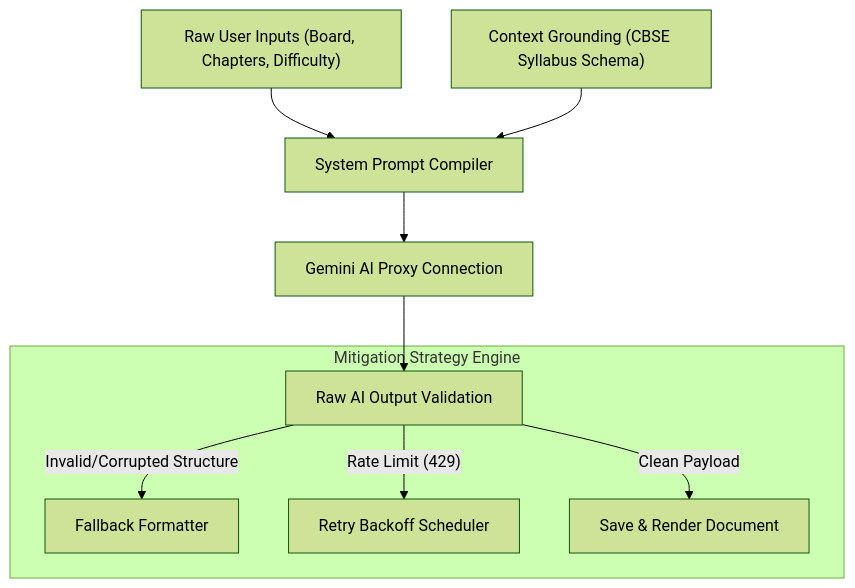
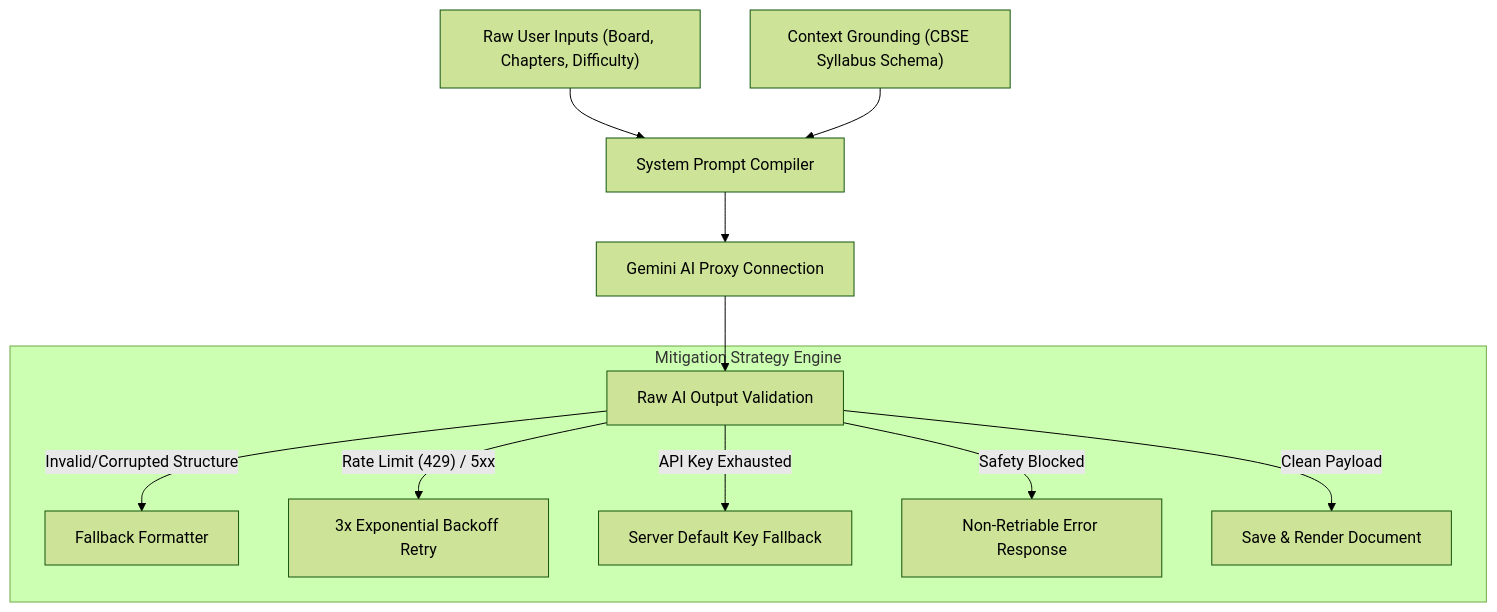
The fifth of 5 diagrams in docs/ARCHITECTURE.md (anuragsinghrajput123456789/MockVerse-Ai), drawn with Mermaid (forest theme) before and after one commit. The commit also changed other lines of this file and 29 other files, not shown here.

````diff
--- a/docs/ARCHITECTURE.md
+++ b/docs/ARCHITECTURE.md
@@ -192,13 +192,15 @@
 ```mermaid
 graph TD
     A["Raw User Inputs (Board, Chapters, Difficulty)"] --> B["System Prompt Compiler"]
     C["Context Grounding (CBSE Syllabus Schema)"] --> B
     B --> D["Gemini AI Proxy Connection"]
     D --> E["Raw AI Output Validation"]
     
     subgraph Mitigation ["Mitigation Strategy Engine"]
         E -- "Invalid/Corrupted Structure" --> F["Fallback Formatter"]
-        E -- "Rate Limit (429)" --> G["Retry Backoff Scheduler"]
+        E -- "Rate Limit (429) / 5xx" --> G["3x Exponential Backoff Retry"]
+        E -- "API Key Exhausted" --> K["Server Default Key Fallback"]
+        E -- "Safety Blocked" --> L["Non-Retriable Error Response"]
         E -- "Clean Payload" --> H["Save & Render Document"]
     end
 ```
````
